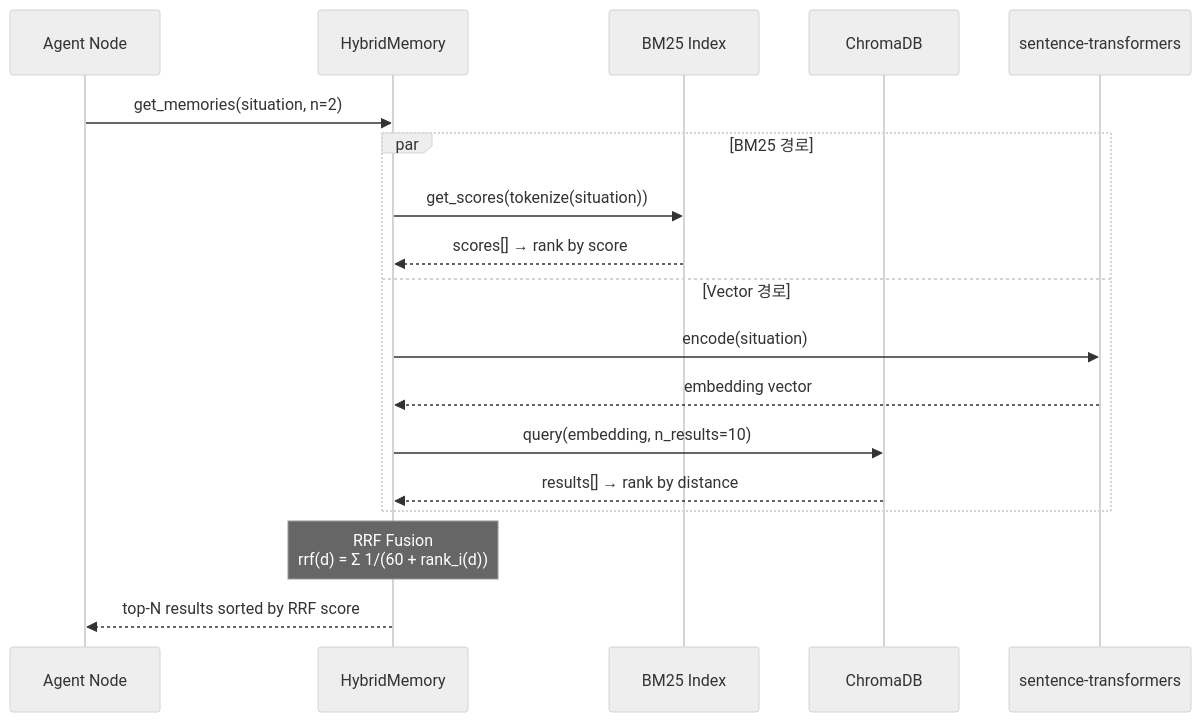
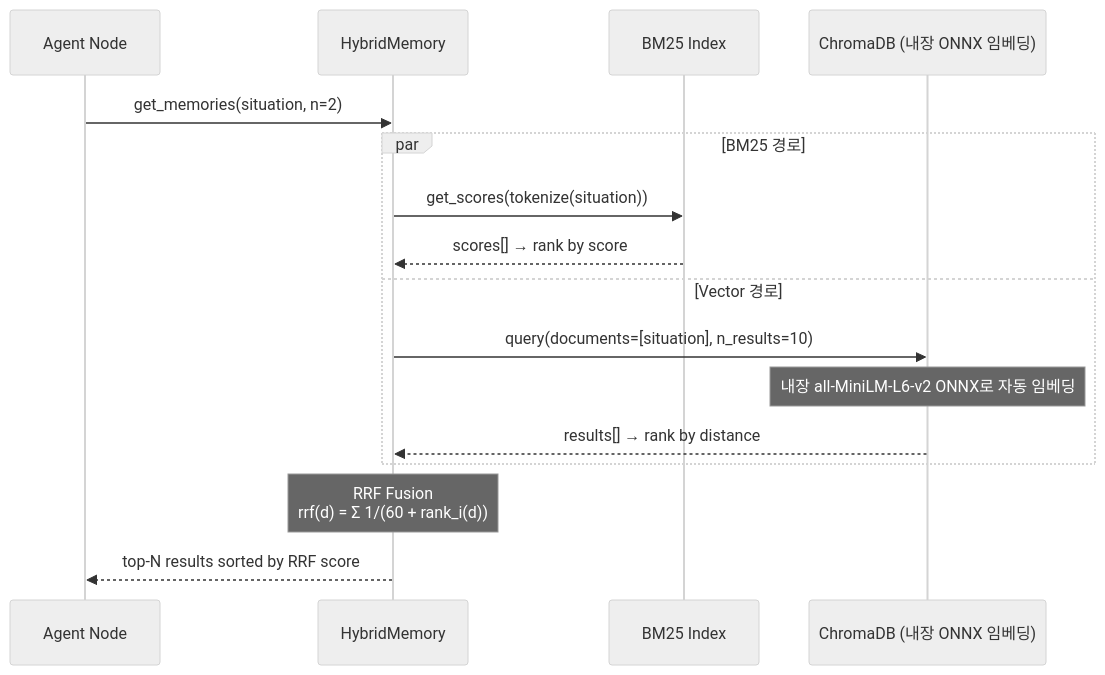
One commit to samdae/gant changed the second of 2 diagrams in docs/tradingagents/arch-be.md. Above: the diagram before and after it, drawn with Mermaid (neutral theme). The commit also changed other lines of this file and 2 other files, not shown here.

````diff
--- a/docs/tradingagents/arch-be.md
+++ b/docs/tradingagents/arch-be.md
@@ -404,23 +405,21 @@
 ```mermaid
 sequenceDiagram
     participant Agent as Agent Node
     participant HM as HybridMemory
     participant BM25 as BM25 Index
-    participant Chroma as ChromaDB
-    participant ST as sentence-transformers
+    participant Chroma as ChromaDB (내장 ONNX 임베딩)
 
     Agent->>HM: get_memories(situation, n=2)
 
     par BM25 경로
         HM->>BM25: get_scores(tokenize(situation))
         BM25-->>HM: scores[] → rank by score
     and Vector 경로
-        HM->>ST: encode(situation)
-        ST-->>HM: embedding vector
-        HM->>Chroma: query(embedding, n_results=10)
+        HM->>Chroma: query(documents=[situation], n_results=10)
+        Note over Chroma: 내장 all-MiniLM-L6-v2 ONNX로 자동 임베딩
         Chroma-->>HM: results[] → rank by distance
     end
 
     Note over HM: RRF Fusion<br/>rrf(d) = Σ 1/(60 + rank_i(d))
     HM-->>Agent: top-N results sorted by RRF score
 ```
````
